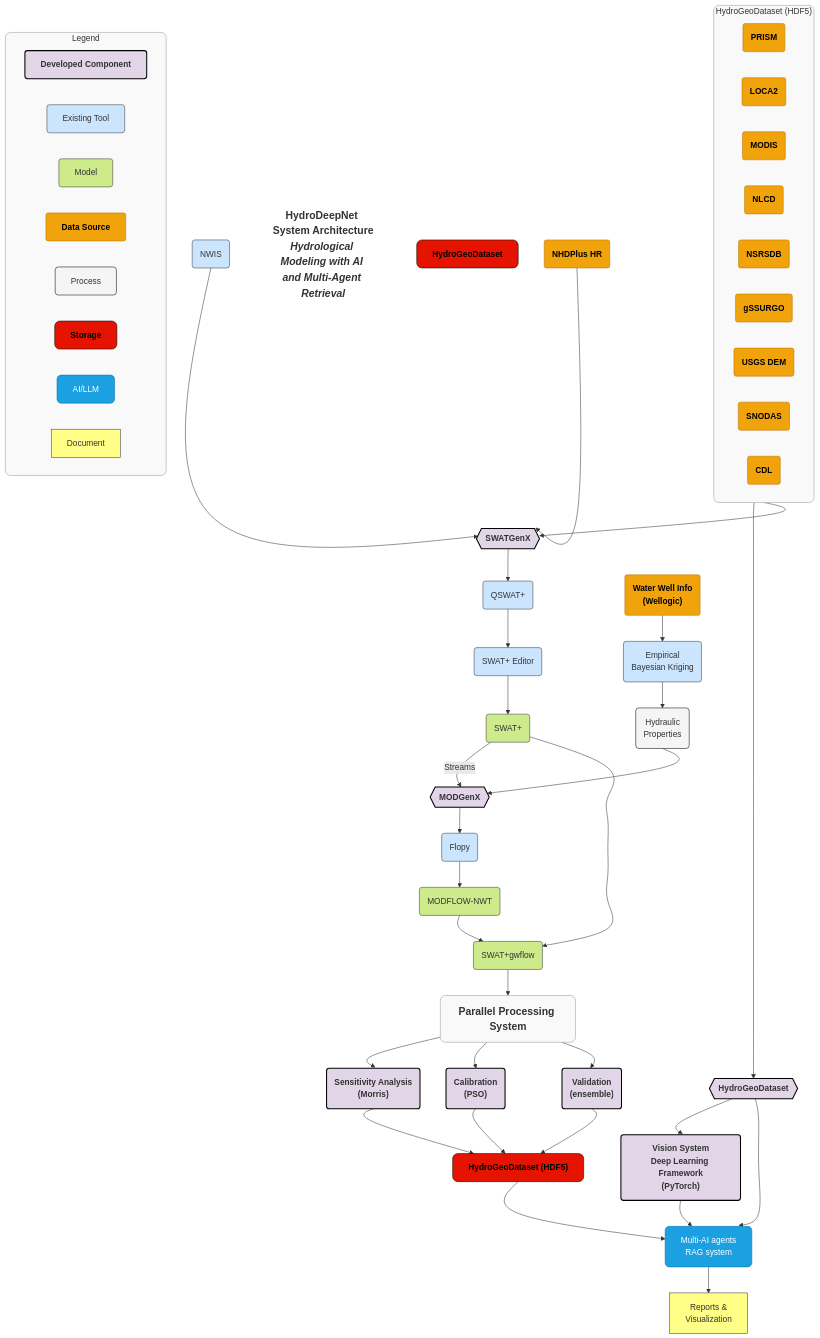
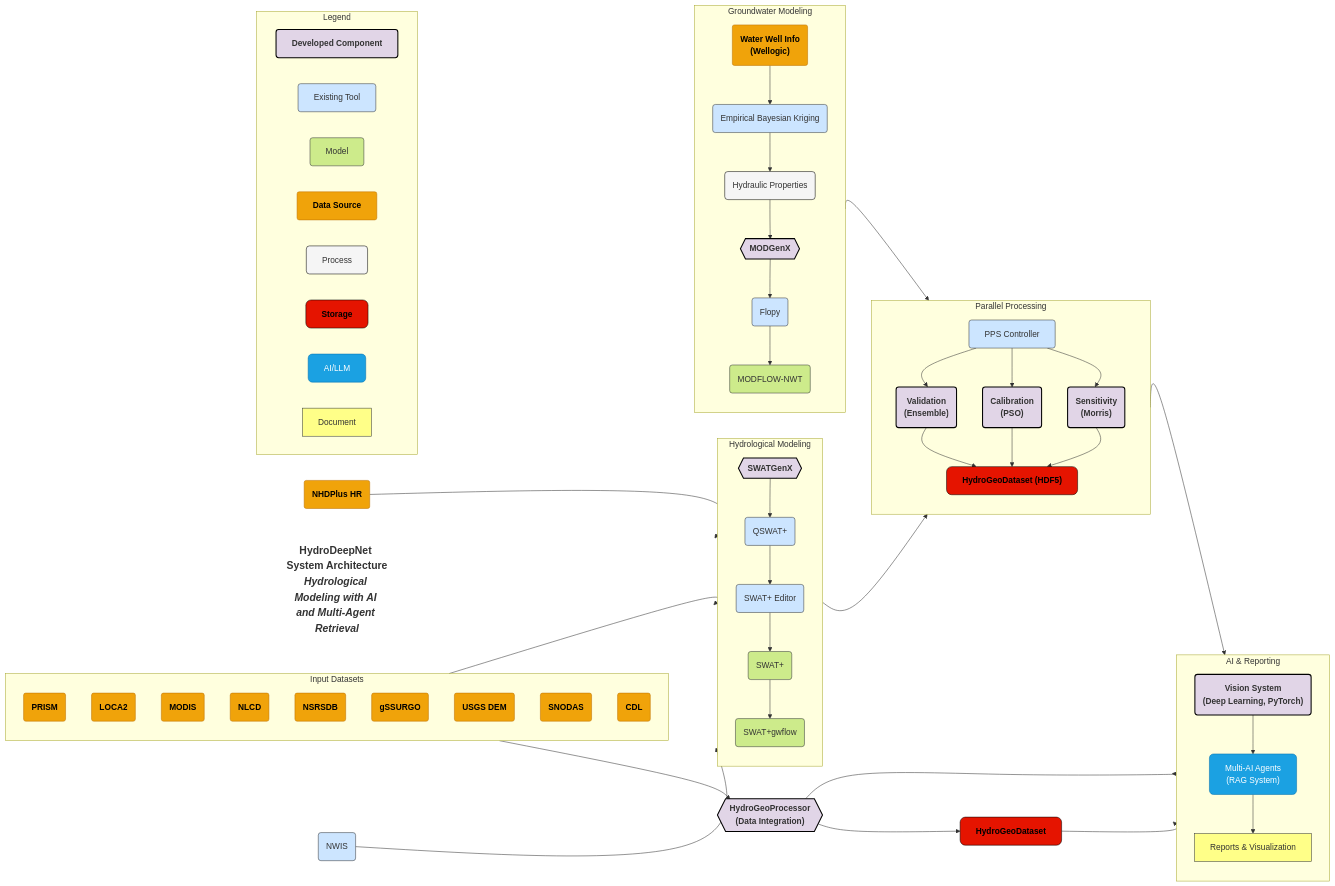
One commit to VahidMSU/HydroDeepNet changed the diagram in README.md. Above: the diagram before and after it, drawn with Mermaid.

Commit message:
Fix Mermaid rendering issue

````diff
--- a/README.md
+++ b/README.md
@@ -1,15 +1,11 @@
 ```mermaid
 %%{init: {'theme': 'default', 'flowchart': {'curve': 'natural', 'diagramPadding': 20}, 'themeVariables': {'fontSize': '16px', 'fontFamily': 'arial'}}}%%
-graph TB
+graph LR
     title["<b>HydroDeepNet System Architecture</b><br><i>Hydrological Modeling with AI and Multi-Agent Retrieval</i>"]:::title
 
-    %% Main data storage components
-    hydroGeoDatasetCyl["HydroGeoDataset"]:::storage
-    hydroGeoHDFCyl["HydroGeoDataset (HDF5)"]:::storage
-    
-    %% Data Sources group
-    subgraph DataSources["HydroGeoDataset (HDF5)"]
-        direction LR
+    %% 1. INPUT DATASETS
+    subgraph Input_Datasets["Input Datasets"]
+    direction TB
         PRISM("PRISM"):::datasource
         LOCA2("LOCA2"):::datasource
         MODIS("MODIS"):::datasource
@@ -21,76 +17,97 @@
         CDL("CDL"):::datasource
     end
 
-    %% Hydrological Modeling components
+    %% 2. DATA INTEGRATION
+    HydroGeoProcessor{{"HydroGeoProcessor<br>(Data Integration)"}}:::developed
+    hydroGeoDatasetCyl["HydroGeoDataset"]:::storage
+
+    %% Additional Data Inputs
     NWIS("NWIS"):::existing
     NHDPlusHR("NHDPlus HR"):::datasource
-    SWATGenX{{SWATGenX}}:::developed
-    QSWATPlus("QSWAT+"):::existing
-    SWATPlusEditor("SWAT+ Editor"):::existing
-    SWATPlus("SWAT+"):::models
-    SWATPlusGwflow("SWAT+gwflow"):::models
 
-    %% Groundwater Modeling components
-    WellInfo("Water Well Info<br>(Wellogic)"):::datasource
-    EBK("Empirical<br>Bayesian Kriging"):::existing
-    HydraulicProps("Hydraulic<br>Properties"):::process
-    MODGenX{{MODGenX}}:::developed
-    Flopy("Flopy"):::existing
-    MODFLOWNWT("MODFLOW-NWT"):::models
+    %% 3. HYDROLOGICAL MODELING
+    subgraph Hydrological_Modeling["Hydrological Modeling"]
+    direction TB
+        SWATGenX{{SWATGenX}}:::developed
+        QSWATPlus("QSWAT+"):::existing
+        SWATPlusEditor("SWAT+ Editor"):::existing
+        SWATPlus("SWAT+"):::models
+        SWATPlusGwflow("SWAT+gwflow"):::models
+    end
 
-    %% Parallel Processing System
-    PPS["Parallel Processing System"]:::title
-    Validation("Validation<br>(ensemble)"):::developed
-    Calibration("Calibration<br>(PSO)"):::developed
-    Sensitivity("Sensitivity Analysis<br>(Morris)"):::developed
+    %% GROUNDWATER MODELING
+    subgraph Groundwater_Modeling["Groundwater Modeling"]
+    direction TB
+        WellInfo("Water Well Info<br>(Wellogic)"):::datasource
+        EBK("Empirical Bayesian Kriging"):::existing
+        HydraulicProps("Hydraulic Properties"):::process
+        MODGenX{{MODGenX}}:::developed
+        Flopy("Flopy"):::existing
+        MODFLOWNWT("MODFLOW-NWT"):::models
+    end
 
-    %% AI and Reporting
-    VisionSystem("Vision System<br>Deep Learning Framework<br>(PyTorch)"):::developed
-    MultiAI["Multi-AI agents<br>RAG system"]:::llm
-    Reports["Reports &<br>Visualization"]:::document
-    HydroGeoProcessor{{HydroGeoDataset}}:::developed
+    %% 4. PARALLEL PROCESSING
+    subgraph Parallel_Processing["Parallel Processing"]
+    direction TB
+        PPS["PPS Controller"]:::existing
+        Validation("Validation<br>(Ensemble)"):::developed
+        Calibration("Calibration<br>(PSO)"):::developed
+        Sensitivity("Sensitivity<br>(Morris)"):::developed
+        hydroGeoHDFCyl["HydroGeoDataset (HDF5)"]:::storage
+    end
 
-    %% Connections between components
-    %% Data source to processor
-    DataSources --> HydroGeoProcessor
-    DataSources --> SWATGenX
+    %% 5. AI & REPORTING
+    subgraph AI_Reporting["AI & Reporting"]
+    direction TB
+        VisionSystem("Vision System<br>(Deep Learning, PyTorch)"):::developed
+        MultiAI["Multi-AI Agents<br>(RAG System)"]:::llm
+        Reports["Reports & Visualization"]:::document
+    end
 
-    %% Hydrological modeling connections
+    %% ---- EDGES / CONNECTIONS ----
+
+    %% (A) Input to Data Processor
+    Input_Datasets --> HydroGeoProcessor
+    HydroGeoProcessor --> hydroGeoDatasetCyl
+
+    %% (B) Data to SWATGenX
+    Input_Datasets --> SWATGenX
     NWIS --> SWATGenX
     NHDPlusHR --> SWATGenX
+
+    %% (C) Hydrological Modeling Flow
     SWATGenX --> QSWATPlus
     QSWATPlus --> SWATPlusEditor
     SWATPlusEditor --> SWATPlus
-    SWATPlus -->|Streams| MODGenX
     SWATPlus --> SWATPlusGwflow
 
-    %% Groundwater modeling connections
+    %% (D) Groundwater Modeling Flow
     WellInfo --> EBK
     EBK --> HydraulicProps
     HydraulicProps --> MODGenX
     MODGenX --> Flopy
     Flopy --> MODFLOWNWT
-    
-    %% Parallel Processing connections
+
+    %% (E) Parallel Processing Flow
     SWATPlusGwflow --> PPS
-    MODFLOWNWT --> SWATPlusGwflow
+    MODFLOWNWT --> PPS
+    PPS --> Validation
+    PPS --> Calibration
     PPS --> Sensitivity
-    PPS --> Calibration 
-    PPS --> Validation
+    Validation --> hydroGeoHDFCyl
+    Calibration --> hydroGeoHDFCyl
     Sensitivity --> hydroGeoHDFCyl
-    Calibration --> hydroGeoHDFCyl
-    Validation --> hydroGeoHDFCyl
 
-    %% AI and storage connections
-    HydroGeoProcessor --> VisionSystem
+    %% (F) AI & Reporting Flow
+    hydroGeoDatasetCyl --> VisionSystem
     VisionSystem --> MultiAI
     hydroGeoHDFCyl --> MultiAI
     HydroGeoProcessor --> MultiAI
     MultiAI --> Reports
-    
-    %% Legend
+
+    %% LEGEND
     subgraph Legend["Legend"]
-        direction LR
+    direction LR
         dev["Developed Component"]:::developed
         ex["Existing Tool"]:::existing
         mod["Model"]:::models
@@ -101,7 +118,7 @@
         doc["Document"]:::document
     end
 
-    %% Enhanced styling with colors from the original diagram
+    %% STYLING
     classDef title font-size:20px,fill:none,stroke:none,font-weight:bold,text-align:center
     classDef developed fill:#e1d5e7,stroke:#000000,stroke-width:2px,rx:5,ry:5,font-weight:bold
     classDef existing fill:#cce5ff,stroke:#36393d,stroke-width:1px,rx:5,ry:5
@@ -111,8 +128,4 @@
     classDef storage fill:#e51400,stroke:#000000,stroke-width:1px,rx:10,ry:10,color:#000000,font-weight:bold
     classDef llm fill:#1ba1e2,stroke:#006EAF,stroke-width:1px,rx:8,ry:8,color:white
     classDef document fill:#ffff88,stroke:#36393d,stroke-width:1px
-    
-    %% Subgraph styling
-    classDef subgraphStyle fill:#f9f9f9,stroke:#999,stroke-width:1px,rx:10,ry:10,color:#333
-    class DataSources,Legend,PPS subgraphStyle
 ```
````
